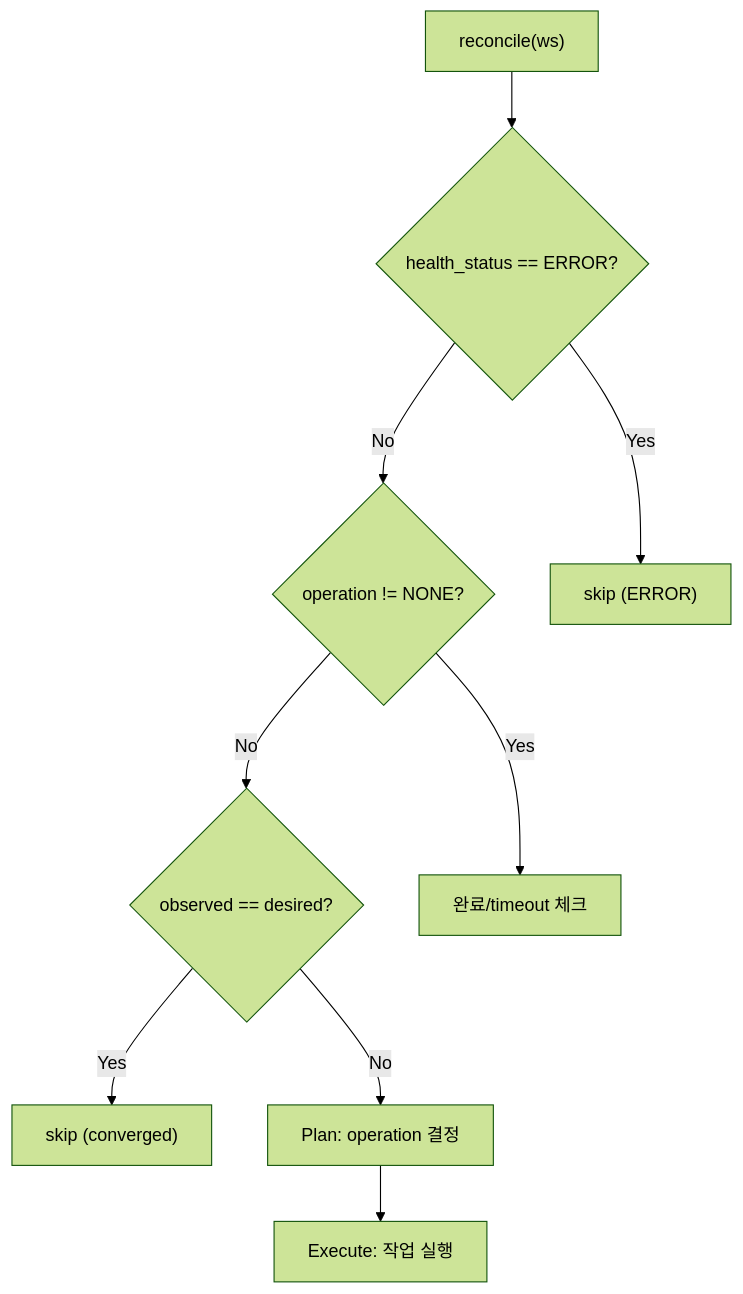
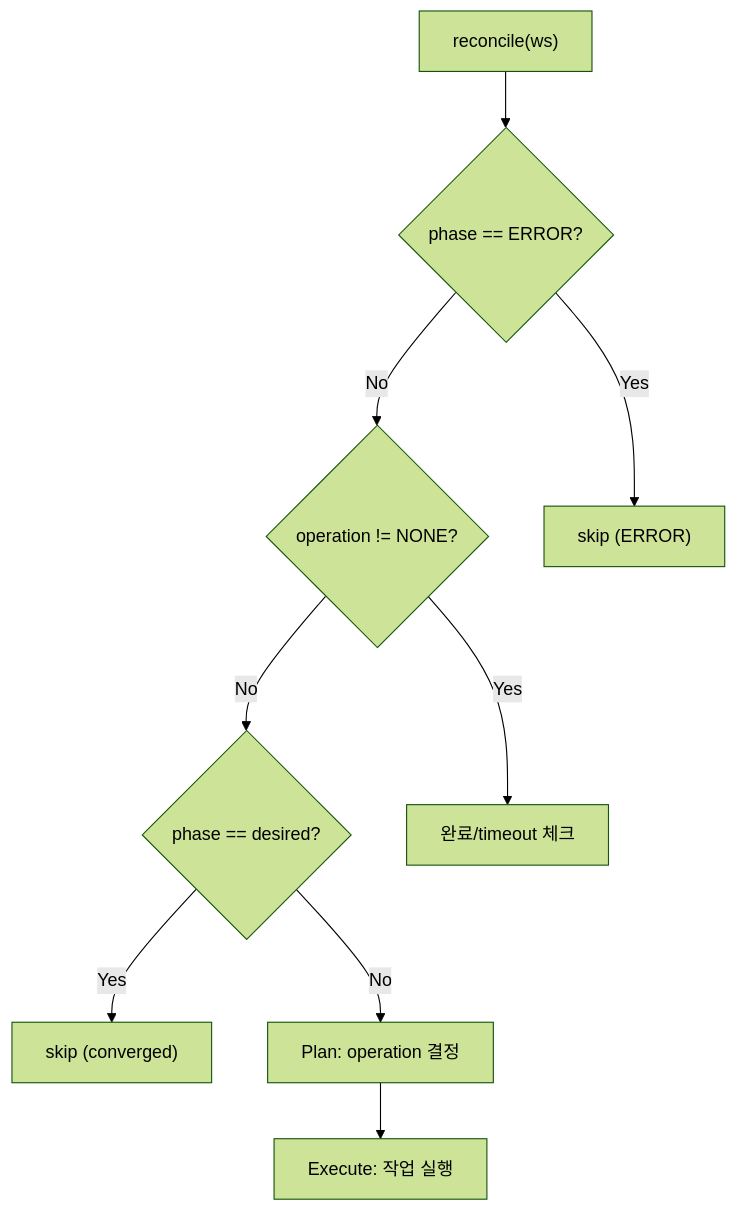
The third of 6 diagrams in docs/spec_v2/04-control-plane.md (cagojeiger/code-hub), drawn with Mermaid (forest theme) before and after one commit. The commit also changed other lines of this file and 2 other files, not shown here.

````diff
--- a/docs/spec_v2/04-control-plane.md
+++ b/docs/spec_v2/04-control-plane.md
@@ -281,21 +280,21 @@
 ```mermaid
 flowchart TB
     START["reconcile(ws)"]
-    HEALTH{"health_status == ERROR?"}
+    PHASE{"phase == ERROR?"}
     OP{"operation != NONE?"}
-    CONV{"observed == desired?"}
+    CONV{"phase == desired?"}
     SKIP1["skip (ERROR)"]
     SKIP2["skip (converged)"]
     CHECK["완료/timeout 체크"]
     PLAN["Plan: operation 결정"]
     EXEC["Execute: 작업 실행"]
 
-    START --> HEALTH
-    HEALTH -->|Yes| SKIP1
-    HEALTH -->|No| OP
+    START --> PHASE
+    PHASE -->|Yes| SKIP1
+    PHASE -->|No| OP
     OP -->|Yes| CHECK
     OP -->|No| CONV
     CONV -->|Yes| SKIP2
     CONV -->|No| PLAN
     PLAN --> EXEC
 ```
````
